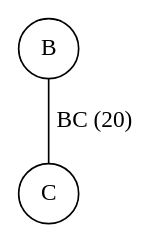
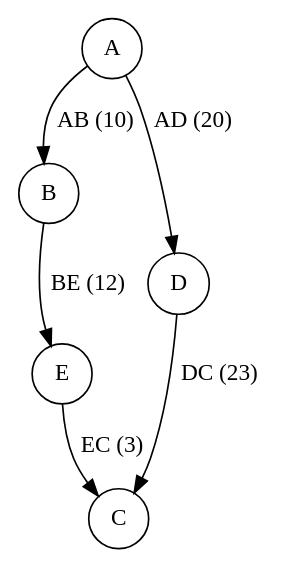
The diagram in grafo.dot (HNTPedro/Grafos-2026.2), drawn with Graphviz before and after one commit. The commit also changed 1 other file, not shown here.

```diff
--- a/grafo.dot
+++ b/grafo.dot
@@ -1,6 +1,13 @@
-graph G {
+digraph G {
     node [shape=circle];
+    "A";
     "B";
     "C";
-    "B" -- "C" [label="BC (20)"];
+    "D";
+    "E";
+    "A" -> "B" [label="AB (10)"];
+    "A" -> "D" [label="AD (20)"];
+    "B" -> "E" [label="BE (12)"];
+    "D" -> "C" [label="DC (23)"];
+    "E" -> "C" [label="EC (3)"];
 }
```
